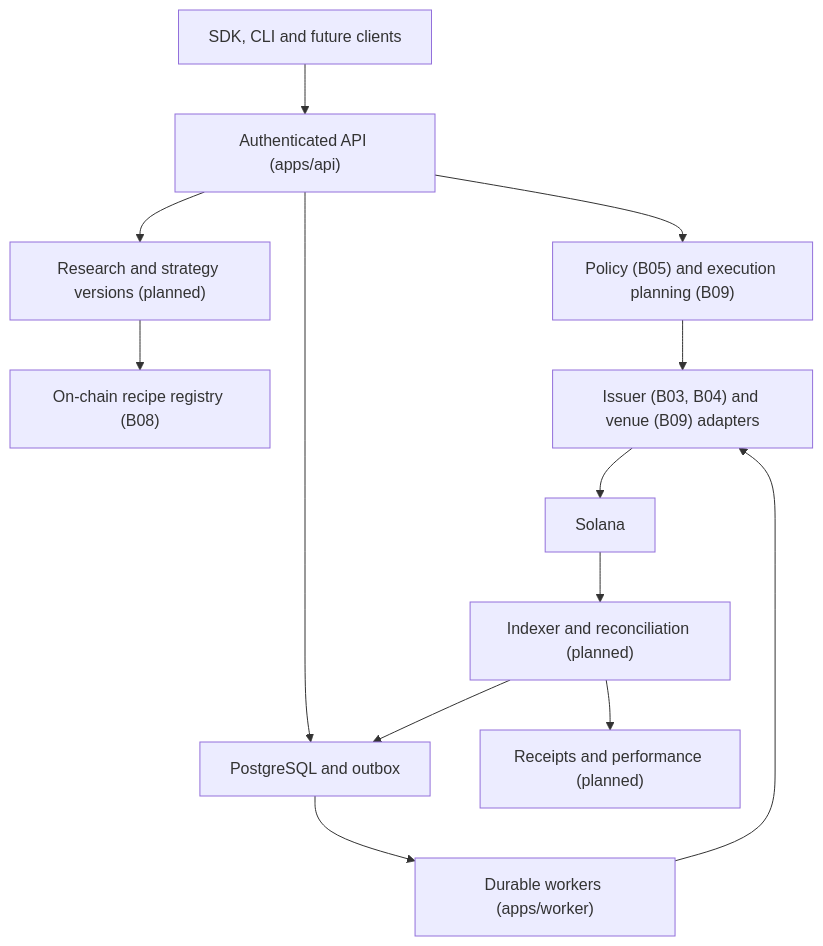
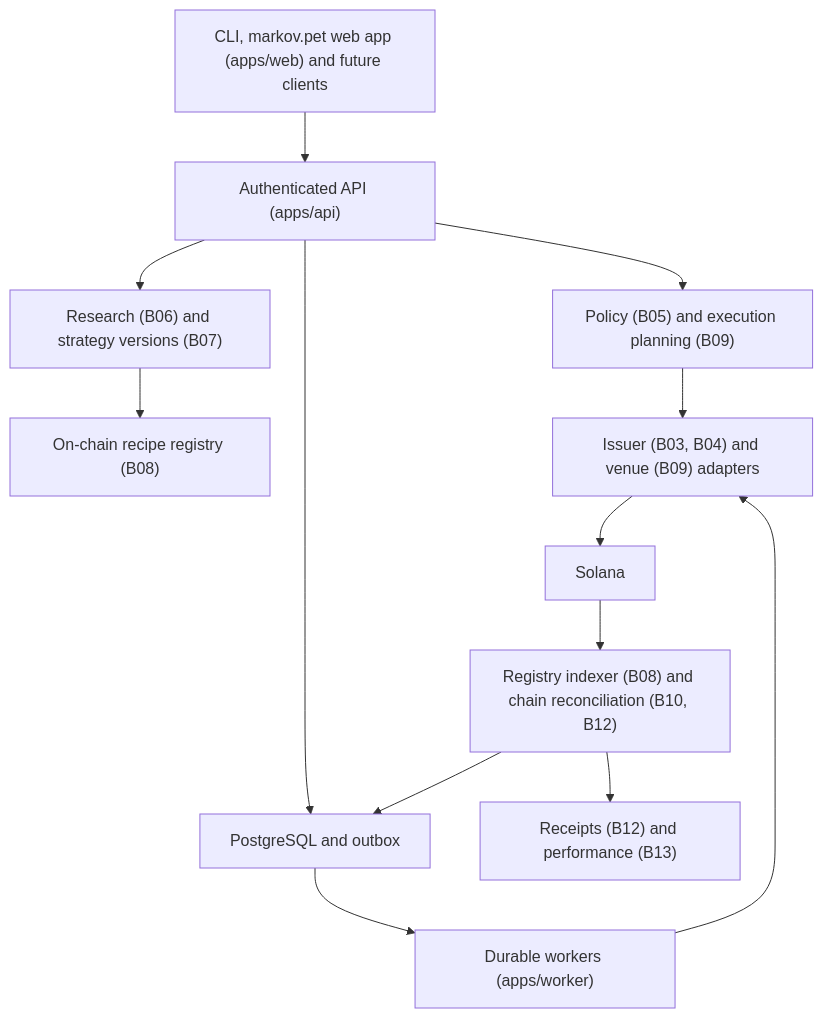
One commit to Markov-Protocol/protocol changed the diagram in docs/markov/architecture.md. Above: the diagram before and after it, drawn with Mermaid. The commit also changed other lines of this file and 104 other files, not shown here.

````diff
--- a/docs/markov/architecture.md
+++ b/docs/markov/architecture.md
@@ -8,15 +8,15 @@
 ```mermaid
 flowchart TD
-    Clients["SDK, CLI and future clients"] --> API["Authenticated API (apps/api)"]
-    API --> Strategy["Research and strategy versions (planned)"]
+    Clients["CLI, markov.pet web app (apps/web) and future clients"] --> API["Authenticated API (apps/api)"]
+    API --> Strategy["Research (B06) and strategy versions (B07)"]
     API --> Policy["Policy (B05) and execution planning (B09)"]
     Strategy --> Registry["On-chain recipe registry (B08)"]
     Policy --> Adapters["Issuer (B03, B04) and venue (B09) adapters"]
     Adapters --> Chain["Solana"]
     API --> DB["PostgreSQL and outbox"]
     DB --> Workers["Durable workers (apps/worker)"]
     Workers --> Adapters
-    Chain --> Reconcile["Indexer and reconciliation (planned)"]
+    Chain --> Reconcile["Registry indexer (B08) and chain reconciliation (B10, B12)"]
     Reconcile --> DB
-    Reconcile --> Evidence["Receipts and performance (planned)"]
+    Reconcile --> Evidence["Receipts (B12) and performance (B13)"]
 ```
````
